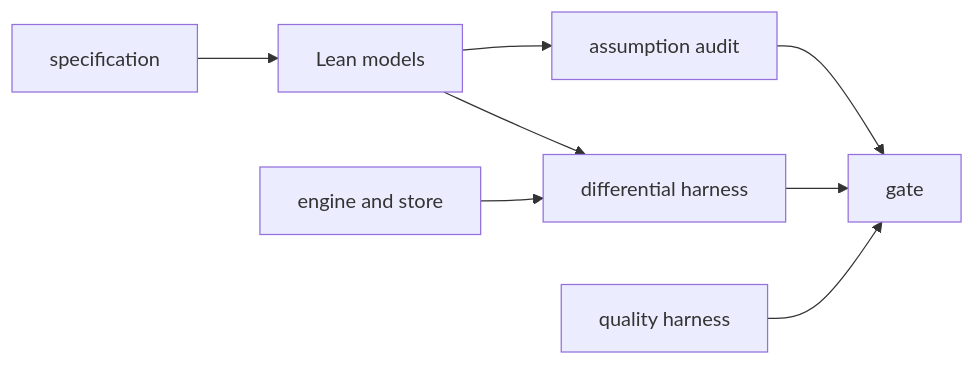
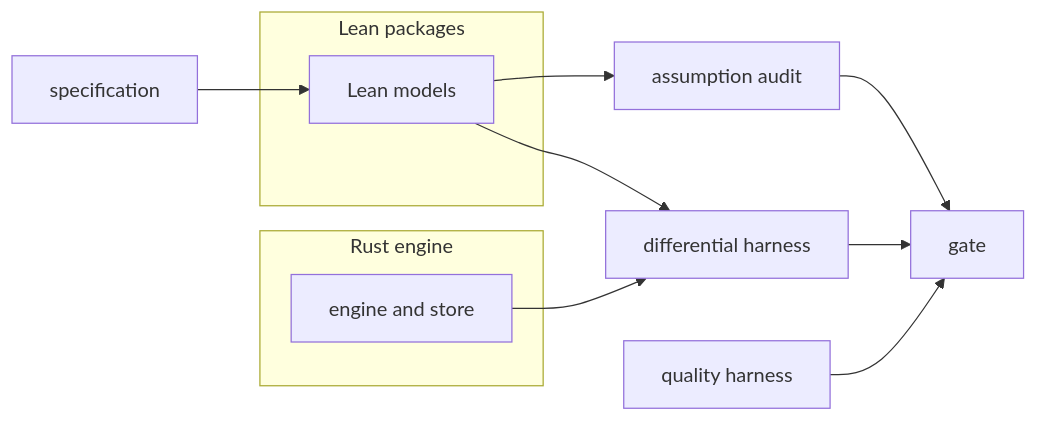
One commit to fractalboxdev/contextful changed the diagram in spec/guide/assurance.md. Above: the diagram before and after it, drawn with Mermaid. The commit also changed 33 other files, not shown here.

Commit message:
spec: diagrams draw contracts, parties and trust zones as containers; a node standing for one is refused

````diff
--- a/spec/guide/assurance.md
+++ b/spec/guide/assurance.md
@@ -18,9 +18,16 @@
 ```mermaid
 flowchart LR
-  SPEC["specification"] --> MODEL["Lean models"] --> AUDIT["assumption audit"]
+  SPEC["specification"] --> MODEL
+  subgraph lean["Lean packages"]
+    MODEL["Lean models"]
+  end
+  subgraph rust["Rust engine"]
+    ENGINE["engine and store"]
+  end
+  MODEL --> AUDIT["assumption audit"]
   MODEL --> DIFF["differential harness"]
-  ENGINE["engine and store"] --> DIFF
+  ENGINE --> DIFF
   AUDIT --> GATE["gate"]
   DIFF --> GATE
   EVAL["quality harness"] --> GATE
 ```
````
